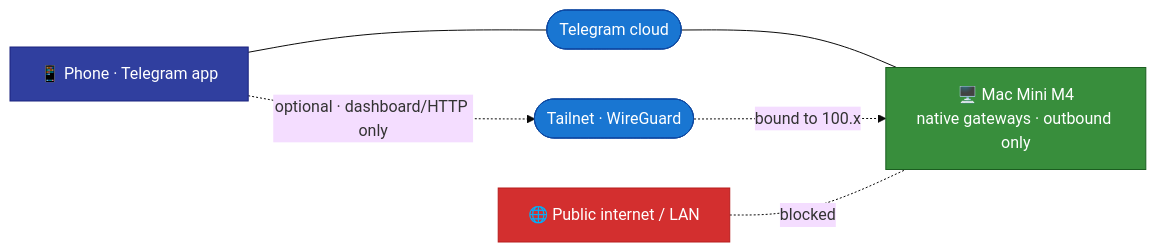
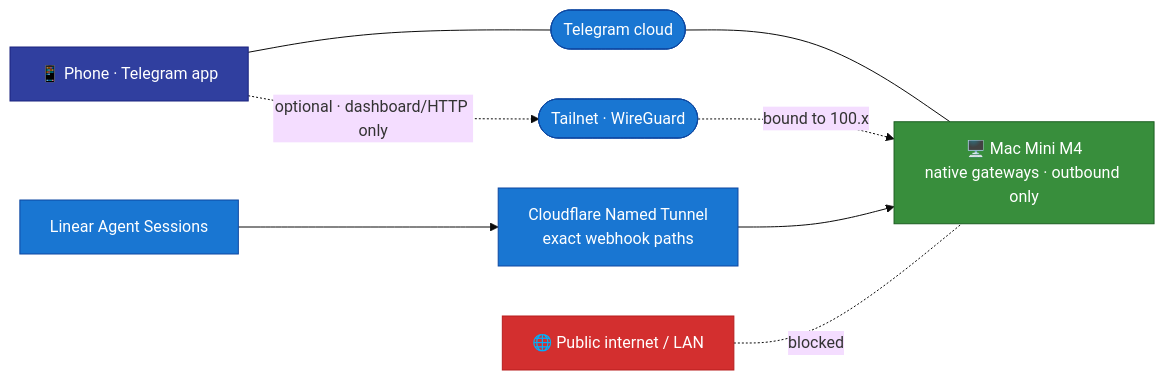
The diagram in docs/06-networking.md (mpolatcan/hermes-setup), drawn with Mermaid (base theme) before and after one commit. The commit also changed other lines of this file and 2 other files, not shown here.

Commit message:
Align Linear fleet deployment and networking docs

````diff
--- a/docs/06-networking.md
+++ b/docs/06-networking.md
@@ -7,12 +7,14 @@
 ```mermaid
 flowchart LR
     phone["📱 Phone · Telegram app"]:::user --- tg(["Telegram cloud"]):::net
     tg --- mini["🖥️ Mac Mini M4<br/>native gateways · outbound only"]:::mini
+    linear["Linear Agent Sessions"]:::net --> cf["Cloudflare Named Tunnel<br/>exact webhook paths"]:::net
+    cf --> mini
     phone -. "optional · dashboard/HTTP only" .-> ts(["Tailnet · WireGuard"]):::net
     ts -. "bound to 100.x" .-> mini
     pub["🌐 Public internet / LAN"]:::danger -. blocked .- mini
     classDef user fill:#303F9F,stroke:#1A237E,color:#fff
     classDef net fill:#1976D2,stroke:#0D47A1,color:#fff
     classDef mini fill:#388E3C,stroke:#1B5E20,color:#fff
     classDef danger fill:#D32F2F,stroke:#B71C1C,color:#fff
 ```
````
